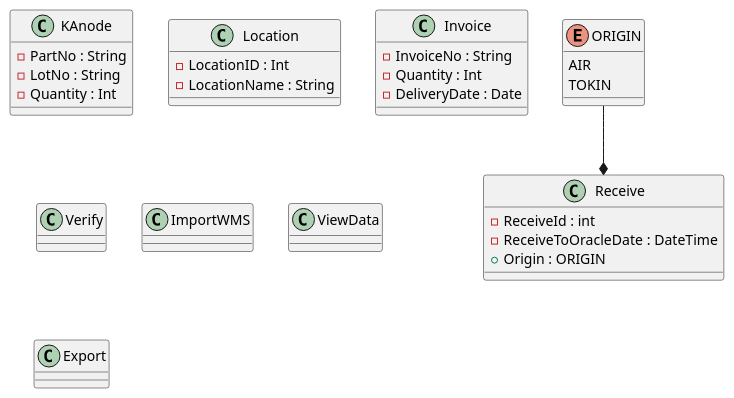
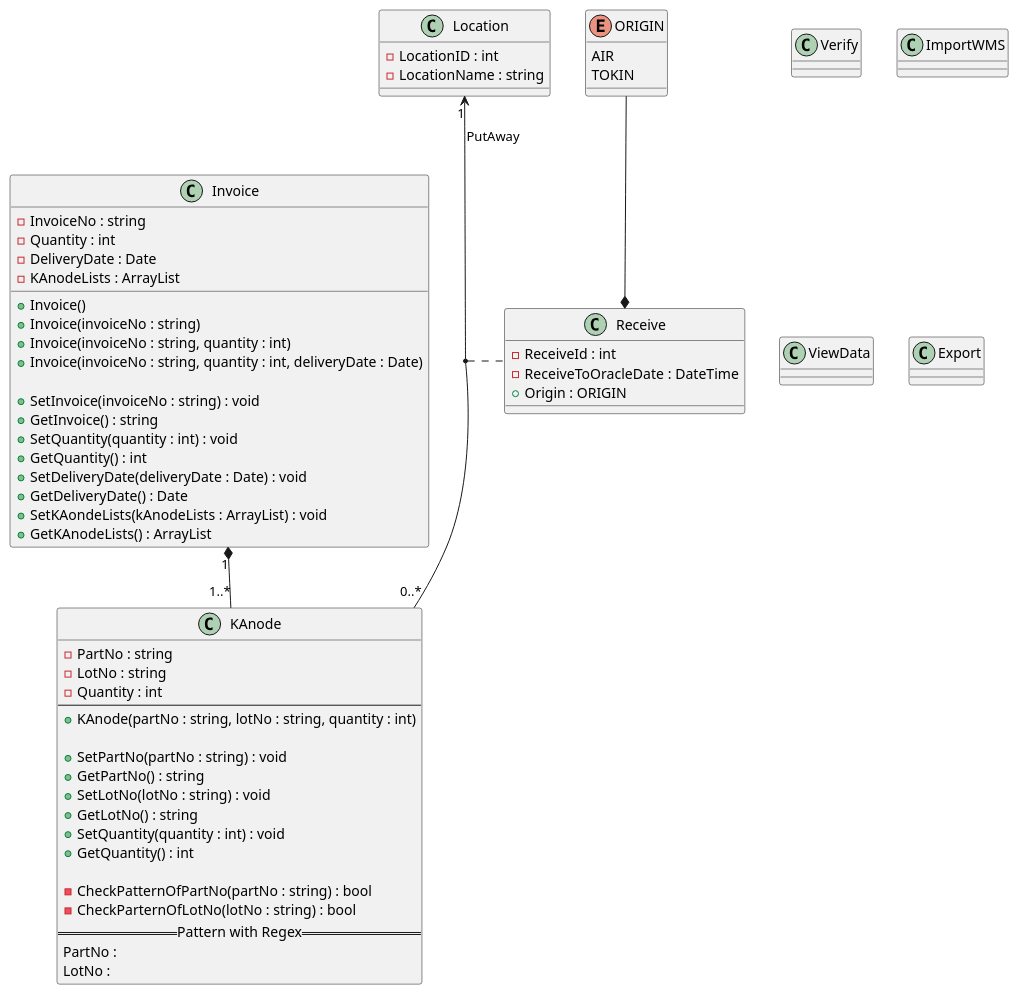
One commit to Shinodari/K-Anode-Received-Assistant-Design changed the diagram in UML/Detail.puml. Above: the diagram before and after it, drawn with PlantUML. The commit also changed 1 other file, not shown here.

```diff
--- a/UML/Detail.puml
+++ b/UML/Detail.puml
@@ -1,45 +1,78 @@
 @startuml Class
 
 class KAnode{
-    -PartNo : String
-    -LotNo : String
-    -Quantity : Int
-}
+    -PartNo : string
+    -LotNo : string
+    -Quantity : int
+    --
+    +KAnode(partNo : string, lotNo : string, quantity : int)
 
-class Location{
-    -LocationID : Int
-    -LocationName : String
+    +SetPartNo(partNo : string) : void
+    +GetPartNo() : string
+    +SetLotNo(lotNo : string) : void
+    +GetLotNo() : string
+    +SetQuantity(quantity : int) : void
+    +GetQuantity() : int
+
+    -CheckPatternOfPartNo(partNo : string) : bool
+    -CheckParternOfLotNo(lotNo : string) : bool
+    ==Pattern with Regex==
+    PartNo :
+    LotNo :
 }
 
 class Invoice{
-    -InvoiceNo : String
-    -Quantity : Int
+    -InvoiceNo : string
+    -Quantity : int
     -DeliveryDate : Date
+    -KAnodeLists : ArrayList
+
+    +Invoice()
+    +Invoice(invoiceNo : string)
+    +Invoice(invoiceNo : string, quantity : int)
+    +Invoice(invoiceNo : string, quantity : int, deliveryDate : Date)
+
+    +SetInvoice(invoiceNo : string) : void
+    +GetInvoice() : string
+    +SetQuantity(quantity : int) : void
+    +GetQuantity() : int
+    +SetDeliveryDate(deliveryDate : Date) : void
+    +GetDeliveryDate() : Date
+    +SetKAondeLists(kAnodeLists : ArrayList) : void
+    +GetKAnodeLists() : ArrayList
 }
+Invoice "1" *-- "1..*" KAnode
+
+class Location{
+    -LocationID : int
+    -LocationName : string
+}
+Location "1" <-- "0..*" KAnode : PutAway
 
 enum ORIGIN{
     AIR
     TOKIN
 }
 class Receive{
     -ReceiveId : int
     -ReceiveToOracleDate : DateTime
     +Origin : ORIGIN
 
     
 }
 'ENUM of Receive'
 ORIGIN --* Receive
 'Association of Receive'
+(KAnode, Location) .. Receive
 
 class Verify
 
 class ImportWMS
 
 class ViewData
 
 class Export
 
 
 
 @enduml
```
